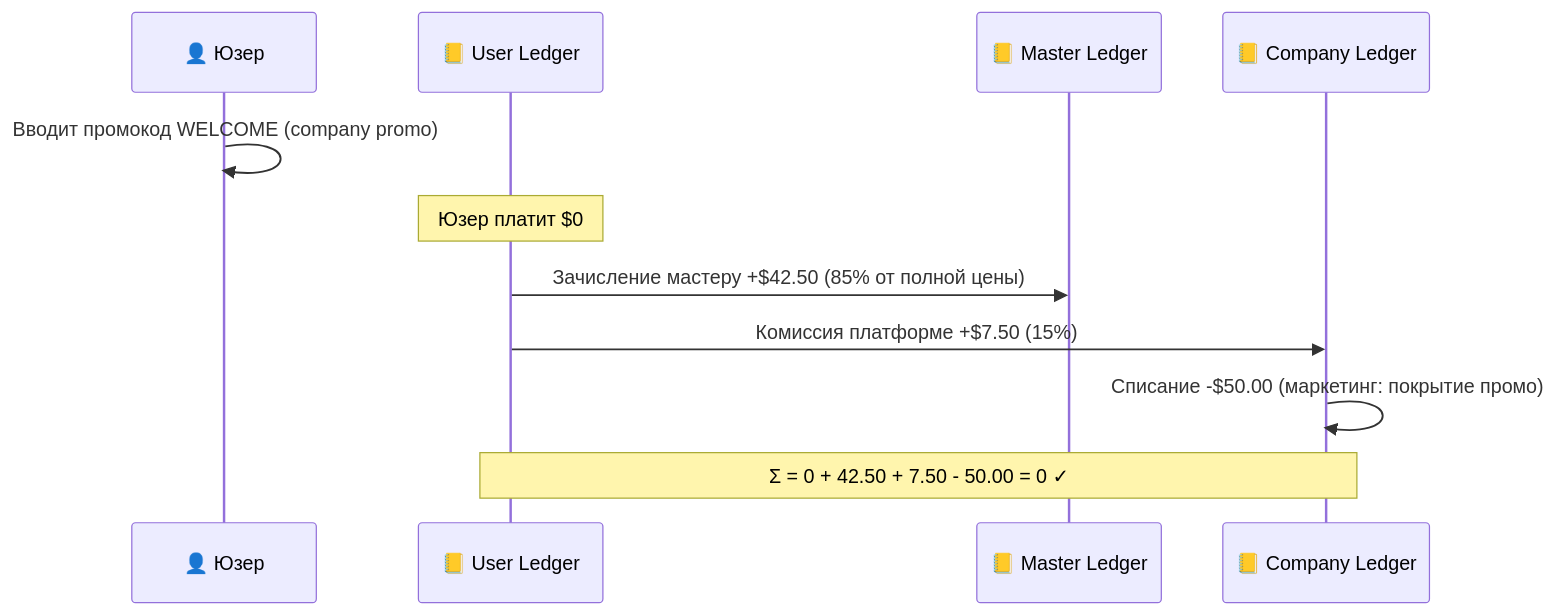
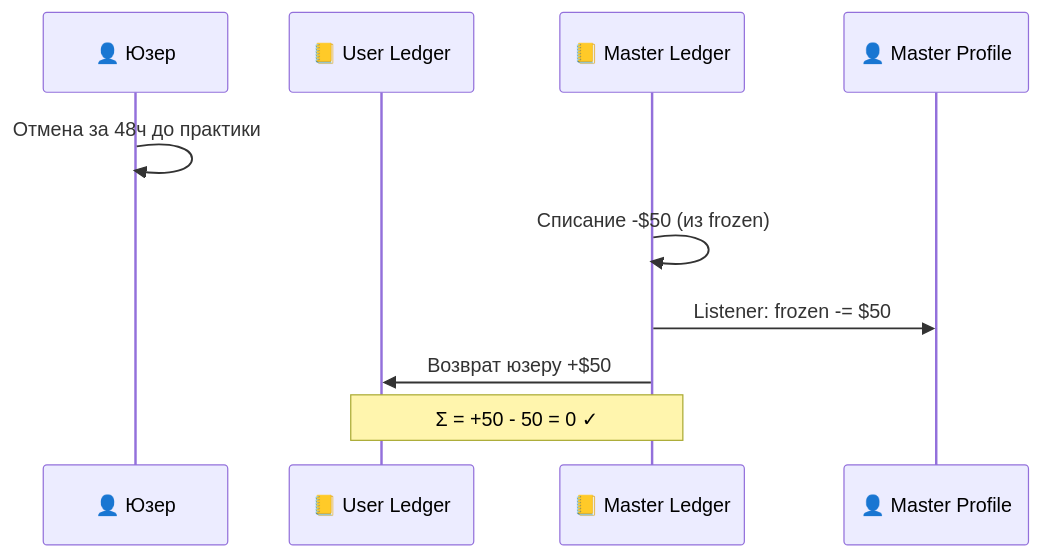
Before and after one commit to aivis-one/velo: the seventh of 9 diagrams in VELO-Payment-System-Meeting.md, drawn with Mermaid. The commit also changed other lines of this file, not shown here.

````diff
--- a/VELO-Payment-System-Meeting.md
+++ b/VELO-Payment-System-Meeting.md
@@ -231,14 +280,13 @@
 ```mermaid
 sequenceDiagram
     participant U as 👤 Юзер
     participant UL as 📒 User Ledger
     participant ML as 📒 Master Ledger
-    participant CL as 📒 Company Ledger
+    participant MP as 👤 Master Profile
 
-    U->>U: Вводит промокод WELCOME (company promo)
-    Note over UL: Юзер платит $0
-    UL->>ML: Зачисление мастеру +$42.50 (85% от полной цены)
-    UL->>CL: Комиссия платформе +$7.50 (15%)
-    CL->>CL: Списание -$50.00 (маркетинг: покрытие промо)
-    Note over UL,CL: Σ = 0 + 42.50 + 7.50 - 50.00 = 0 ✓
+    U->>U: Отмена за 48ч до практики
+    ML->>ML: Списание -$50 (из frozen)
+    ML->>MP: Listener: frozen -= $50
+    ML->>UL: Возврат юзеру +$50
+    Note over UL,ML: Σ = +50 - 50 = 0 ✓
 ```
````
